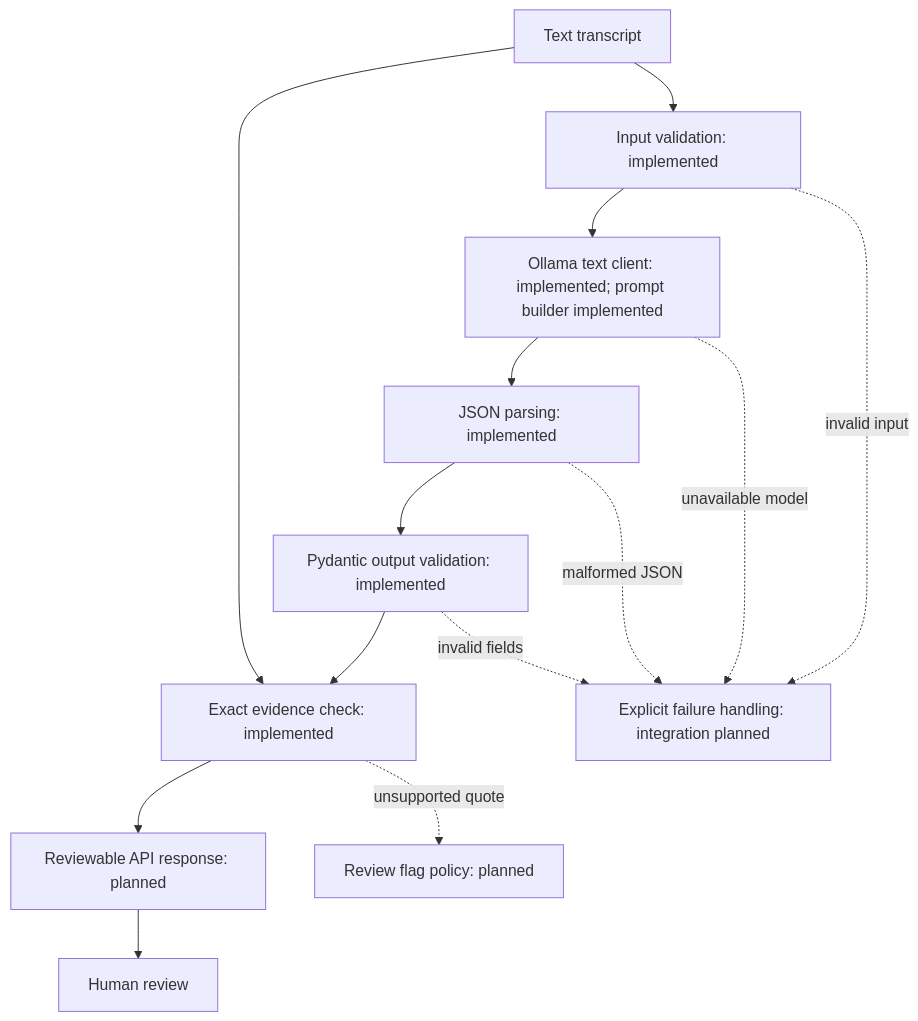
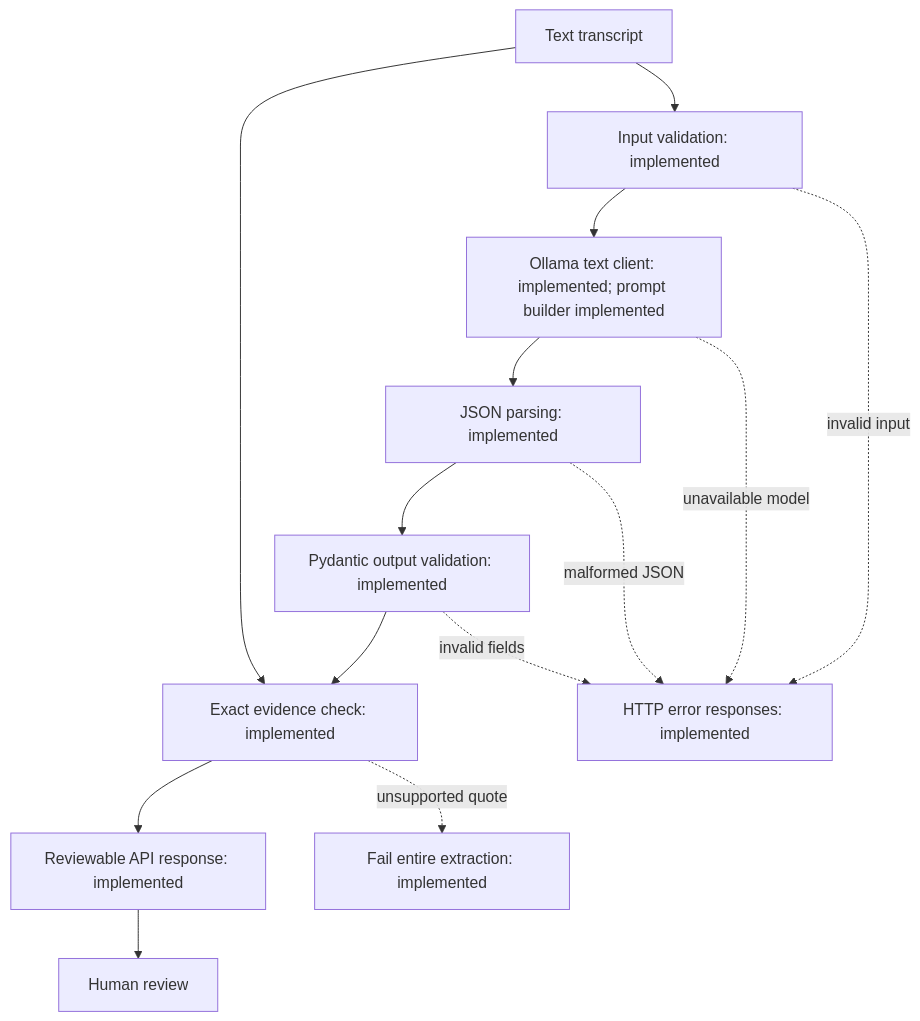
Before and after one commit to AbhinavS-30/ActionGraph: the diagram in README.md, drawn with Mermaid. The commit also changed other lines of this file and 9 other files, not shown here.

Commit message:
Connect extraction pipeline and expose local extraction API

````diff
--- a/README.md
+++ b/README.md
@@ -17,16 +17,16 @@
 ```mermaid
 flowchart TD
     A[Text transcript] --> B[Input validation: implemented]
     B --> C[Ollama text client: implemented; prompt builder implemented]
     C --> D[JSON parsing: implemented]
     D --> E[Pydantic output validation: implemented]
     E --> F[Exact evidence check: implemented]
     A --> F
-    F --> G[Reviewable API response: planned]
+    F --> G[Reviewable API response: implemented]
     G --> H[Human review]
-    B -. invalid input .-> X[Explicit failure handling: integration planned]
+    B -. invalid input .-> X[HTTP error responses: implemented]
     C -. unavailable model .-> X
     D -. malformed JSON .-> X
     E -. invalid fields .-> X
-    F -. unsupported quote .-> Y[Review flag policy: planned]
+    F -. unsupported quote .-> Y[Fail entire extraction: implemented]
 ```
````
